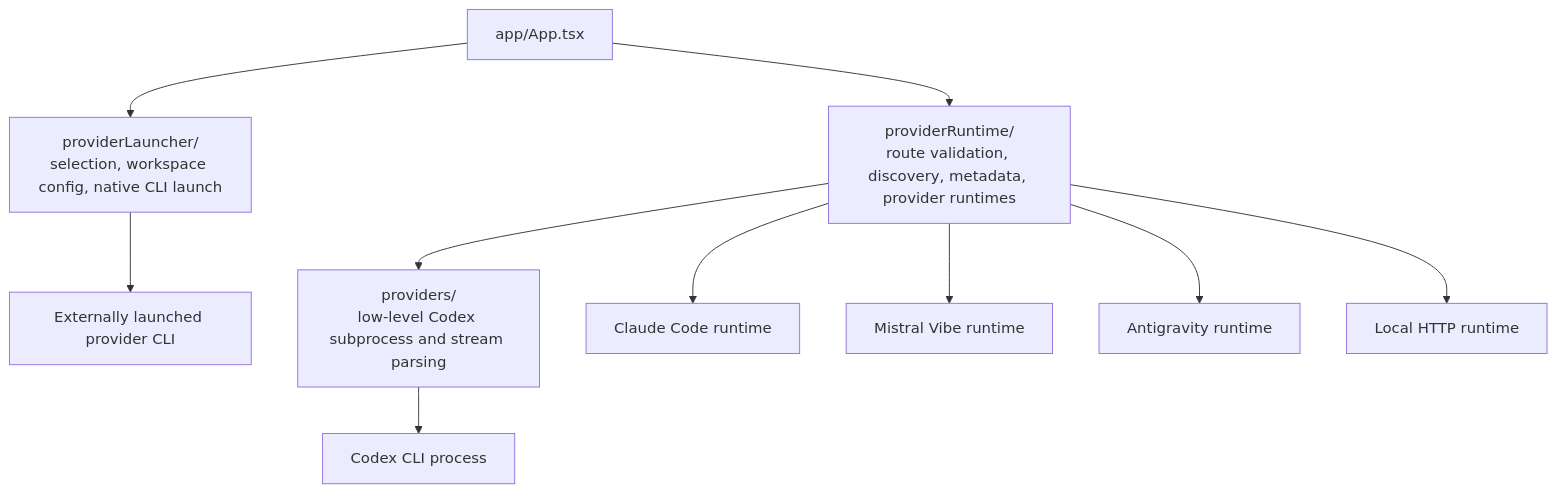
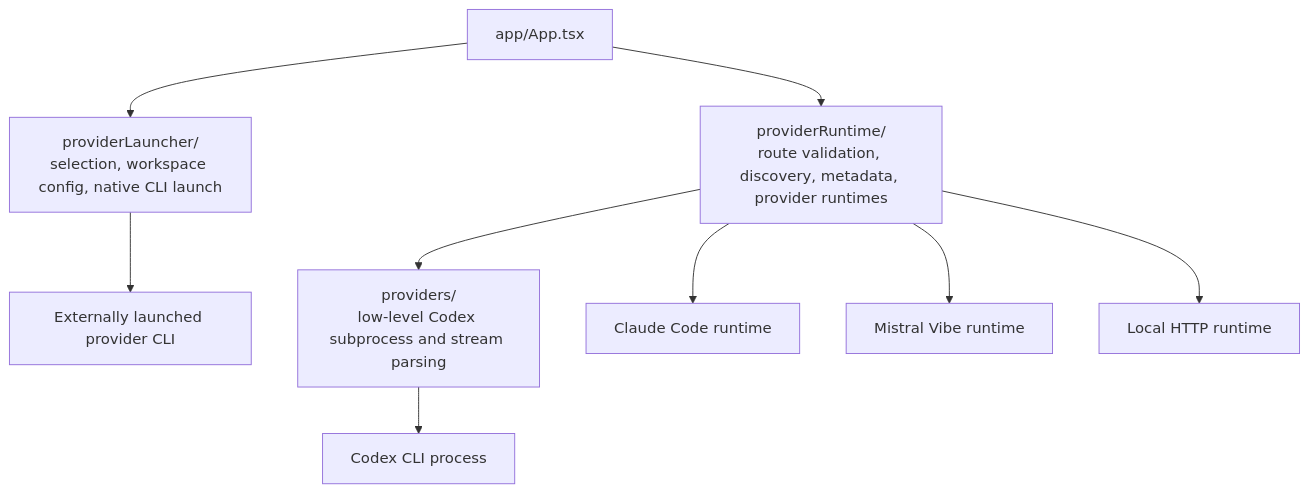
One commit to golba98/Codexa changed the sixth of 9 diagrams in docs/ARCHITECTURE.md. Above: the diagram before and after it, drawn with Mermaid. The commit also changed other lines of this file and 57 other files, not shown here.

````diff
--- a/docs/ARCHITECTURE.md
+++ b/docs/ARCHITECTURE.md
@@ -173,13 +173,12 @@
 ```mermaid
 flowchart TD
   App[app/App.tsx] --> LauncherLayer[providerLauncher/<br/>selection, workspace config, native CLI launch]
   App --> RuntimeLayer[providerRuntime/<br/>route validation, discovery, metadata, provider runtimes]
   RuntimeLayer --> ProviderLayer[providers/<br/>low-level Codex subprocess and stream parsing]
 
   LauncherLayer --> NativeCLI[Externally launched provider CLI]
   RuntimeLayer --> Claude[Claude Code runtime]
   RuntimeLayer --> Vibe[Mistral Vibe runtime]
-  RuntimeLayer --> AGY[Antigravity runtime]
   RuntimeLayer --> Local[Local HTTP runtime]
   ProviderLayer --> Codex[Codex CLI process]
 ```
````
